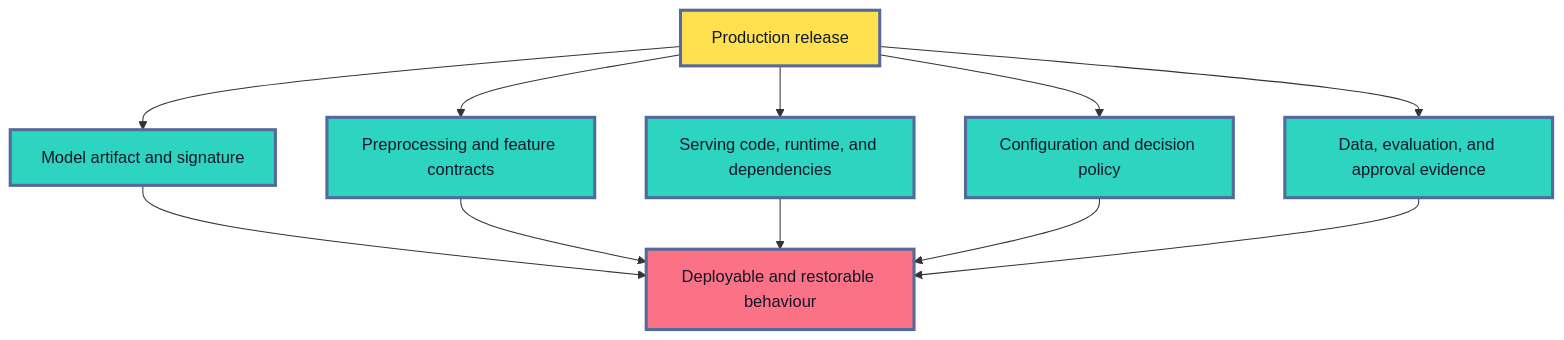
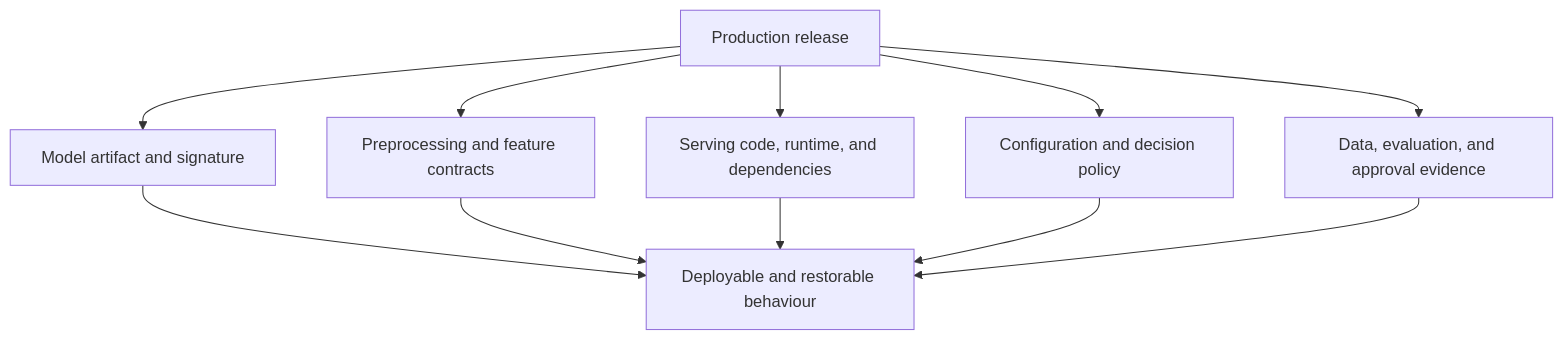
The first of 4 diagrams in roadmaps/mlops/modules/deployment-and-release-management/model-release-basics/02-model-versioning-in-production.md (senlinyy/dev-roadmaps), drawn with Mermaid before and after one commit. The commit also changed other lines of this file and 152 other files, not shown here.

Commit message:
feat: mlops and diagrams updated

````diff
--- a/roadmaps/mlops/modules/deployment-and-release-management/model-release-basics/02-model-versioning-in-production.md
+++ b/roadmaps/mlops/modules/deployment-and-release-management/model-release-basics/02-model-versioning-in-production.md
@@ -43,20 +43,17 @@
 ```mermaid
 flowchart TD
     A["Production release"] --> B["Model artifact and signature"]
     A --> C["Preprocessing and feature contracts"]
     A --> D["Serving code, runtime, and dependencies"]
     A --> E["Configuration and decision policy"]
     A --> F["Data, evaluation, and approval evidence"]
     B --> G["Deployable and restorable behaviour"]
     C --> G
     D --> G
     E --> G
     F --> G
 
-    classDef release fill:#FFE04F,stroke:#536A9A,stroke-width:3px,color:#111827
-    classDef part fill:#2DD4BF,stroke:#536A9A,stroke-width:3px,color:#0F172A
-    classDef outcome fill:#FB7185,stroke:#536A9A,stroke-width:3px,color:#111827
     class A release
     class B,C,D,E,F part
     class G outcome
 ```
````
